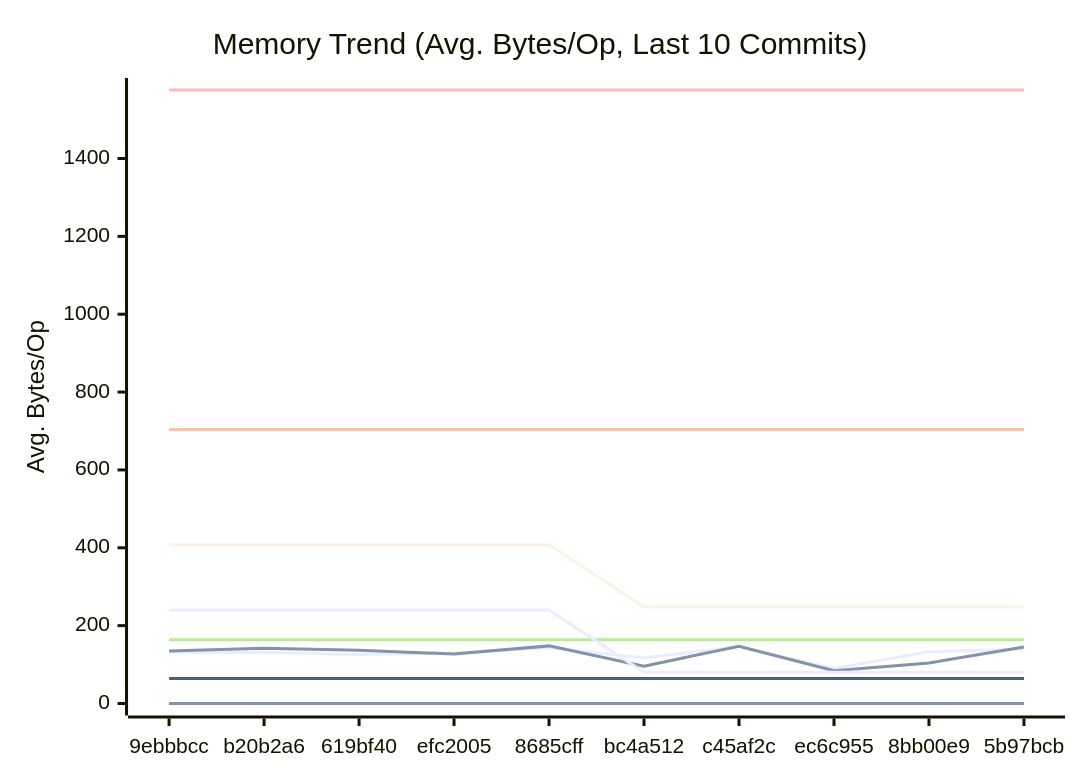
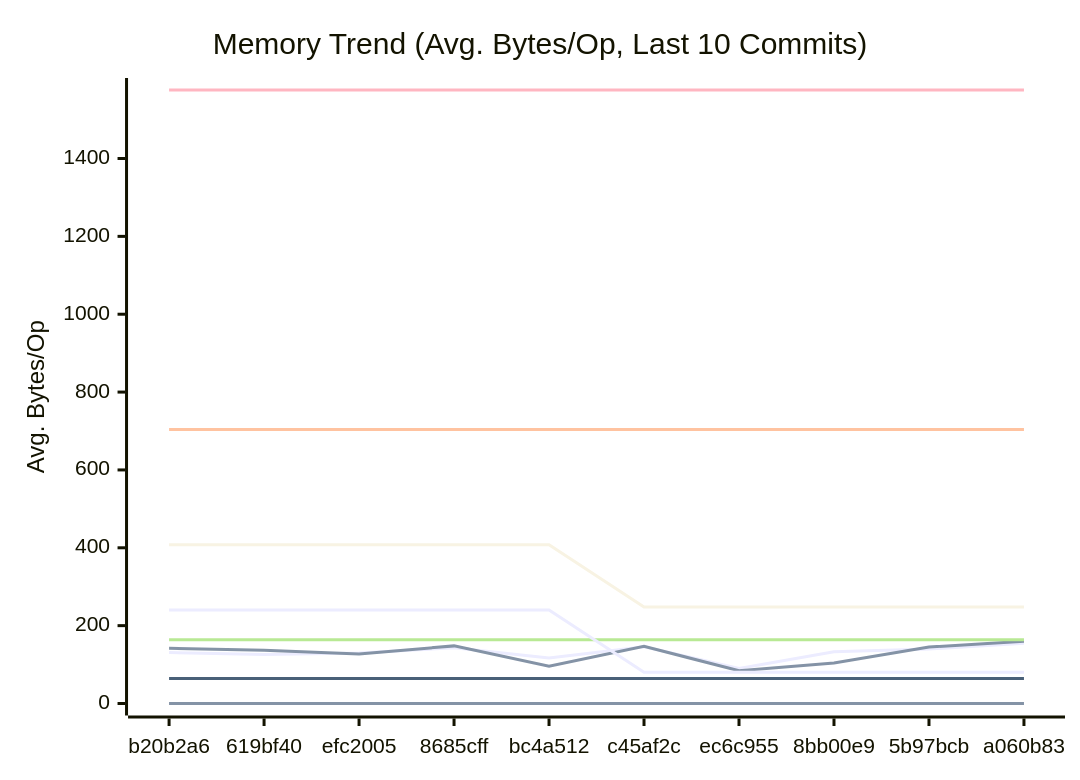
The second of 3 diagrams in docs/PERFORMANCE.md (alsotoes/momo), drawn with Mermaid before and after one commit. The commit also changed other lines of this file and 2 other files, not shown here.

````diff
--- a/docs/PERFORMANCE.md
+++ b/docs/PERFORMANCE.md
@@ -171,20 +171,20 @@
 ```mermaid
 xychart-beta
     title "Memory Trend (Avg. Bytes/Op, Last 10 Commits)"
     x-axis "Commit"
     y-axis "Avg. Bytes/Op"
-    x-axis [9ebbbcc,b20b2a6,619bf40,efc2005,8685cff,bc4a512,c45af2c,ec6c955,8bb00e9,5b97bcb]
-    line "AWSChunkedReaderSigned" [131,131,126,130,143,117,146,90,133,140]
-    line "AWSChunkedReaderUnsigned" [135,142,137,127,148,96,147,84,104,145]
+    x-axis [b20b2a6,619bf40,efc2005,8685cff,bc4a512,c45af2c,ec6c955,8bb00e9,5b97bcb,a060b83]
+    line "AWSChunkedReaderSigned" [131,126,130,143,117,146,90,133,140,155]
+    line "AWSChunkedReaderUnsigned" [142,137,127,148,96,147,84,104,145,160]
     line "CheckMetricsAndSwap" [0,0,0,0,0,0,0,0,0,0]
     line "CrushOptimized" [0,0,0,0,0,0,0,0,0,0]
     line "CrushOriginal" [164,164,164,164,164,164,164,164,164,164]
     line "IndexDirectTracking" [0,0,0,0,0,0,0,0,0,0]
     line "IndexSearch" [0,0,0,0,0,0,0,0,0,0]
     line "LoadGlobalConfig" [1576,1576,1576,1576,1576,1576,1576,1576,1576,1576]
     line "PadString" [64,64,64,64,64,64,64,64,64,64]
     line "ParseReplicationOrder_NoPrealloc" [408,408,408,408,408,248,248,248,248,248]
     line "ParseReplicationOrder_Prealloc" [240,240,240,240,240,80,80,80,80,80]
     line "SanitizeLog/Safe" [0,0,0,0,0,0,0,0,0,0]
     line "SanitizeLog/Unsafe" [704,704,704,704,704,704,704,704,704,704]
 ```
````
